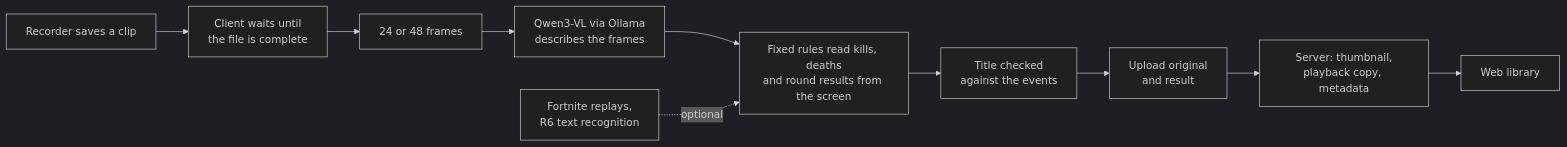
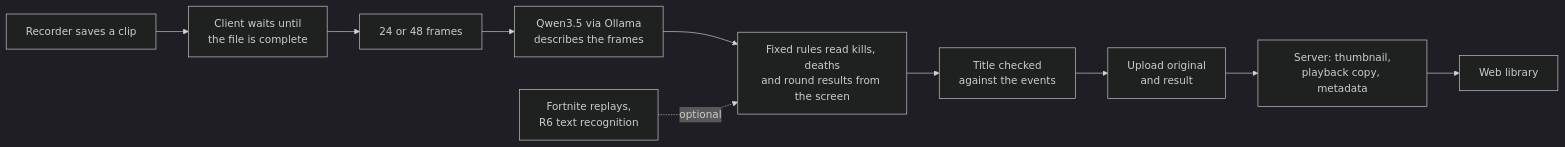
Before and after one commit to SauerExe/ReplayHaven: the diagram in README.md, drawn with Mermaid (dark theme). The commit also changed other lines of this file and 29 other files, not shown here.

````diff
--- a/README.md
+++ b/README.md
@@ -90,12 +90,12 @@
 ```mermaid
 flowchart LR
   rec["Recorder saves a clip"] --> wait["Client waits until<br/>the file is complete"]
   wait --> frames["24 or 48 frames"]
-  frames --> model["Qwen3-VL via Ollama<br/>describes the frames"]
+  frames --> model["Qwen3.5 via Ollama<br/>describes the frames"]
   model --> rules["Fixed rules read kills, deaths<br/>and round results from the screen"]
   extras["Fortnite replays,<br/>R6 text recognition"] -. optional .-> rules
   rules --> check["Title checked<br/>against the events"]
   check --> upload["Upload original<br/>and result"]
   upload --> server["Server: thumbnail,<br/>playback copy, metadata"]
   server --> library["Web library"]
 ```
````
